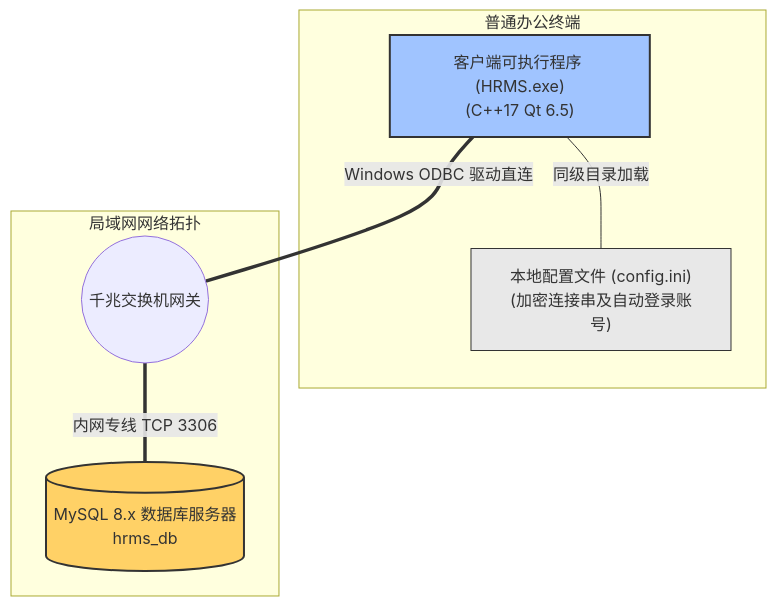
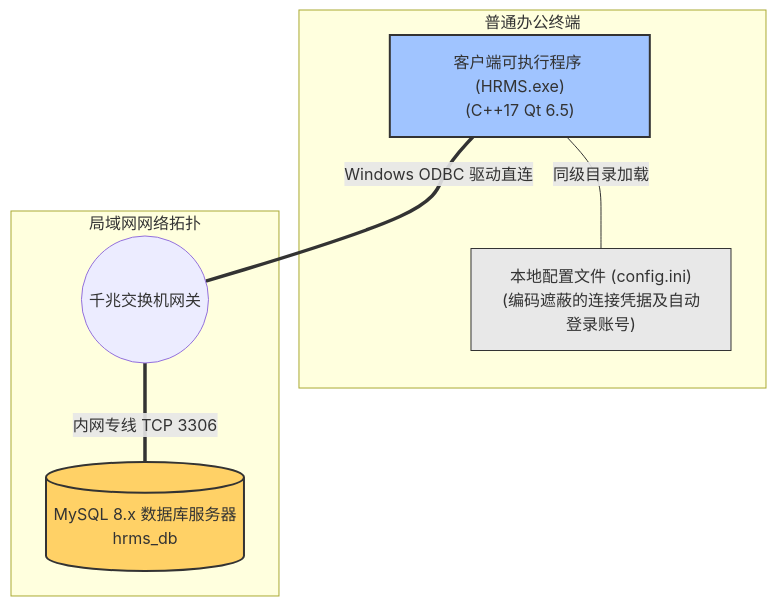
The seventh of 7 diagrams in docs/SAD初稿.md (Villager119/sdu-cs-human-resource-management-system-project), drawn with Mermaid before and after one commit. The commit also changed other lines of this file and 37 other files, not shown here.

````diff
--- a/docs/SAD初稿.md
+++ b/docs/SAD初稿.md
@@ -502,19 +506,19 @@
 ```mermaid
 graph TD
     subgraph Office_Workstation ["普通办公终端"]
         ClientApp["客户端可执行程序 (HRMS.exe)<br/>(C++17 Qt 6.5)"]
-        LocalFile["本地配置文件 (config.ini)<br/>(加密连接串及自动登录账号)"]
+        LocalFile["本地配置文件 (config.ini)<br/>(编码遮蔽的连接凭据及自动登录账号)"]
         ClientApp ---|同级目录加载| LocalFile
     end
 
     subgraph ServerRoom ["局域网网络拓扑"]
         Switch(("千兆交换机网关"))
         Switch ===|内网专线 TCP 3306| DBInstance[("MySQL 8.x 数据库服务器<br/>hrms_db")]
     end
 
     ClientApp ===|Windows ODBC 驱动直连| Switch
     
     style ClientApp fill:#a0c4ff,stroke:#333,stroke-width:2px
     style DBInstance fill:#ffd166,stroke:#333,stroke-width:2px
     style LocalFile fill:#e8e8e8,stroke:#333,stroke-width:1px
 ```
````
